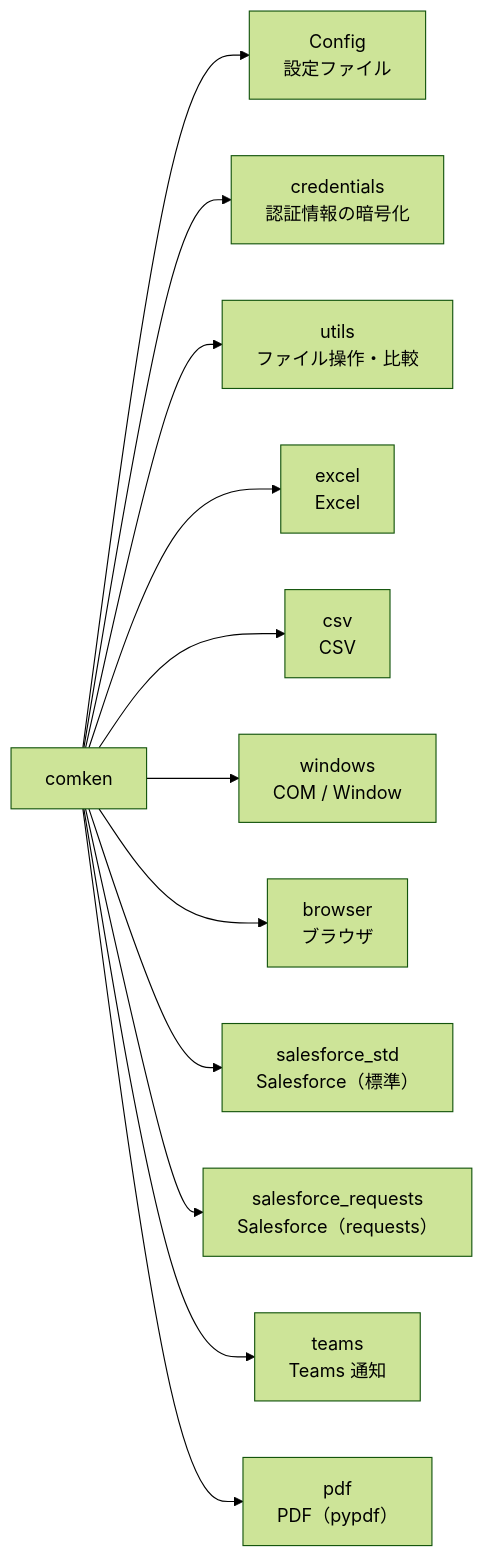
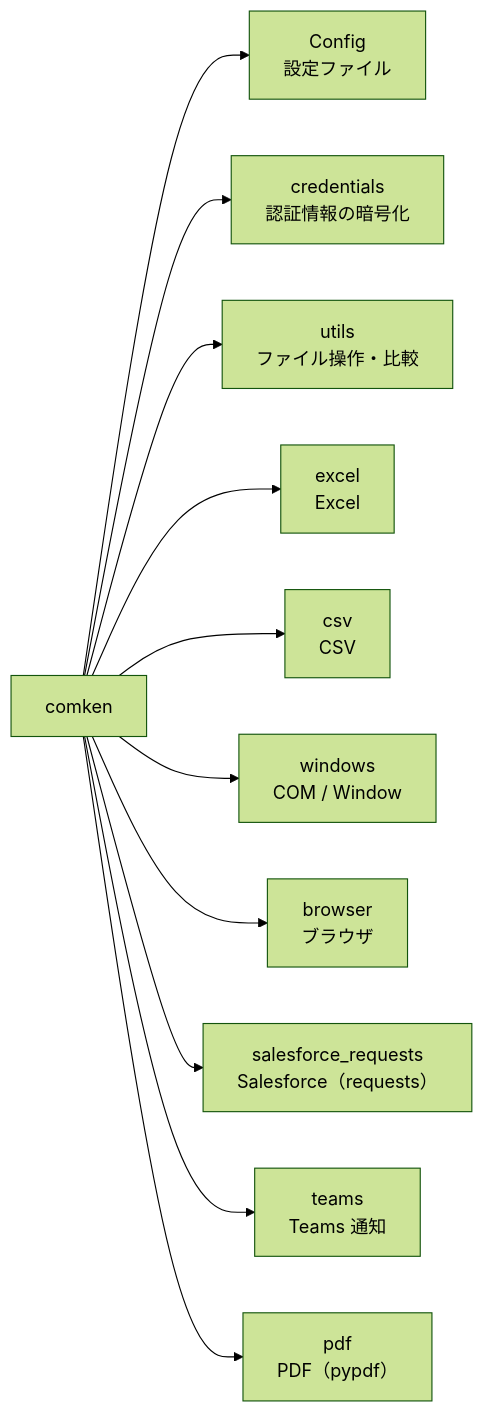
One commit to tenniscorecom/original_libs changed the first of 5 diagrams in README.md. Above: the diagram before and after it, drawn with Mermaid (forest theme). The commit also changed other lines of this file and 12 other files, not shown here.

First line of the commit message:
salesforce_std を削除（requests 採用が確定したため salesforce_requests に一本化）

````diff
--- a/README.md
+++ b/README.md
@@ -1373,14 +1365,13 @@
 ```mermaid
 graph LR
     comken --> config["Config\n設定ファイル"]
     comken --> credentials["credentials\n認証情報の暗号化"]
     comken --> utils["utils\nファイル操作・比較"]
     comken --> excel["excel\nExcel"]
     comken --> csv["csv\nCSV"]
     comken --> windows["windows\nCOM / Window"]
     comken --> browser["browser\nブラウザ"]
-    comken --> salesforce_std["salesforce_std\nSalesforce（標準）"]
     comken --> salesforce_requests["salesforce_requests\nSalesforce（requests）"]
     comken --> teams["teams\nTeams 通知"]
     comken --> pdf["pdf\nPDF（pypdf）"]
 ```
````
